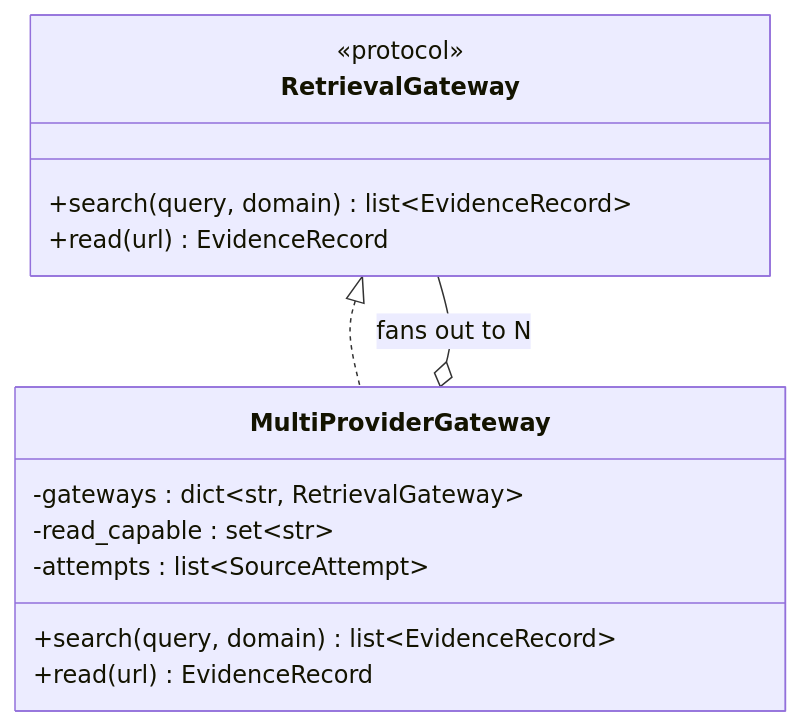
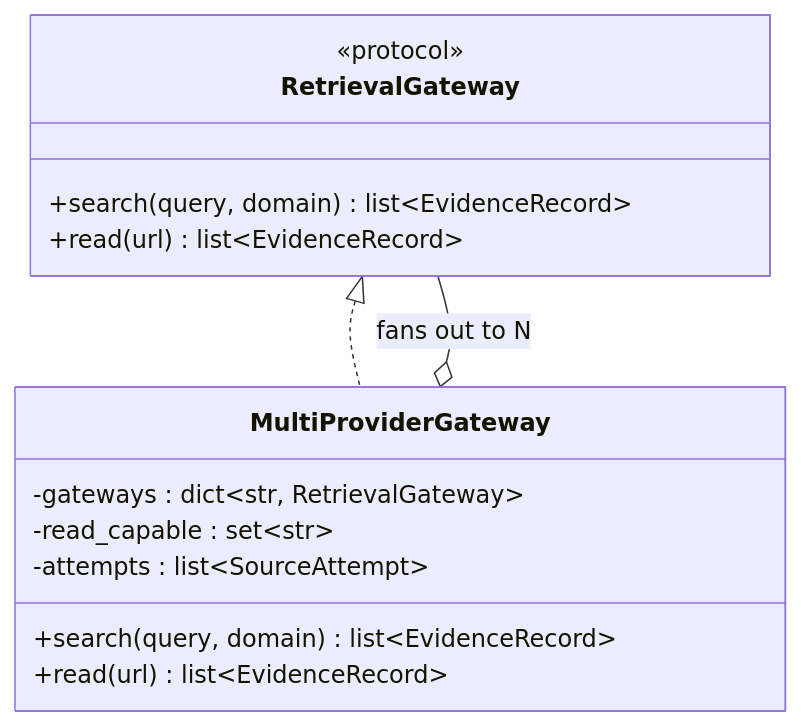
The first of 3 diagrams in MULTI-PROVIDER-PLAN.md (mdfranz/pydagy-research), drawn with Mermaid before and after one commit. The commit also changed other lines of this file and 3 other files, not shown here.

````diff
--- a/MULTI-PROVIDER-PLAN.md
+++ b/MULTI-PROVIDER-PLAN.md
@@ -80,17 +128,17 @@
 ```mermaid
 classDiagram
     class RetrievalGateway {
         <<protocol>>
         +search(query, domain) list~EvidenceRecord~
-        +read(url) EvidenceRecord
+        +read(url) list~EvidenceRecord~
     }
     class MultiProviderGateway {
         -gateways : dict~str, RetrievalGateway~
         -read_capable : set~str~
         -attempts : list~SourceAttempt~
         +search(query, domain) list~EvidenceRecord~
-        +read(url) EvidenceRecord
+        +read(url) list~EvidenceRecord~
     }
     RetrievalGateway <|.. MultiProviderGateway
     MultiProviderGateway o-- RetrievalGateway : fans out to N
 ```
````
